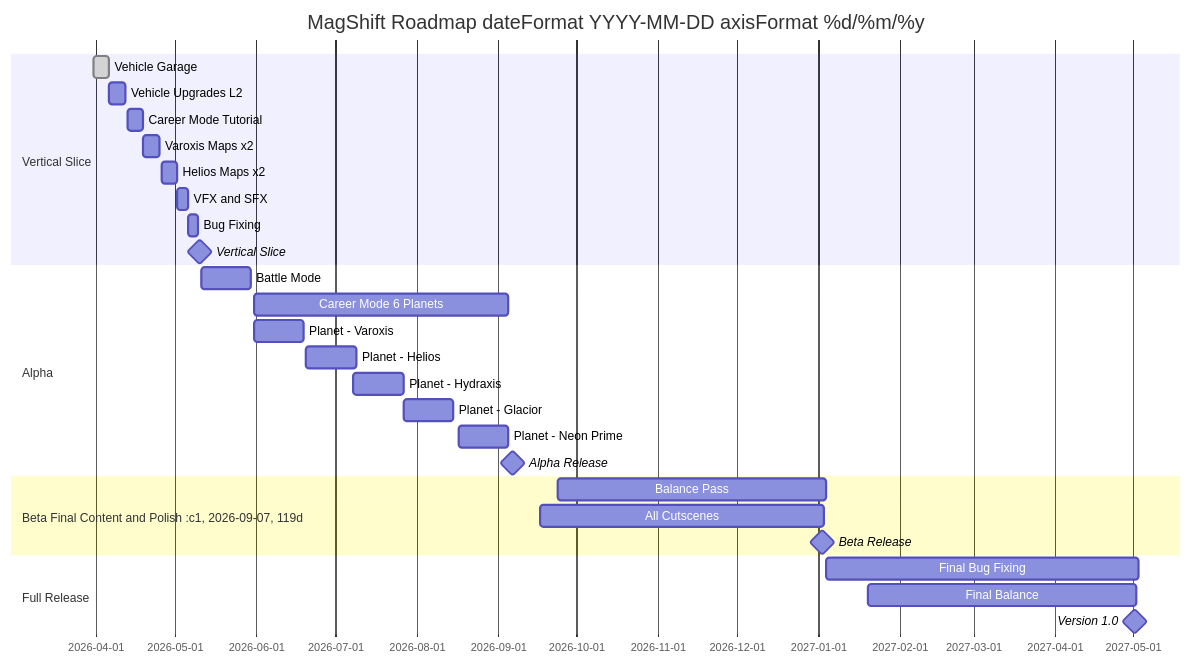
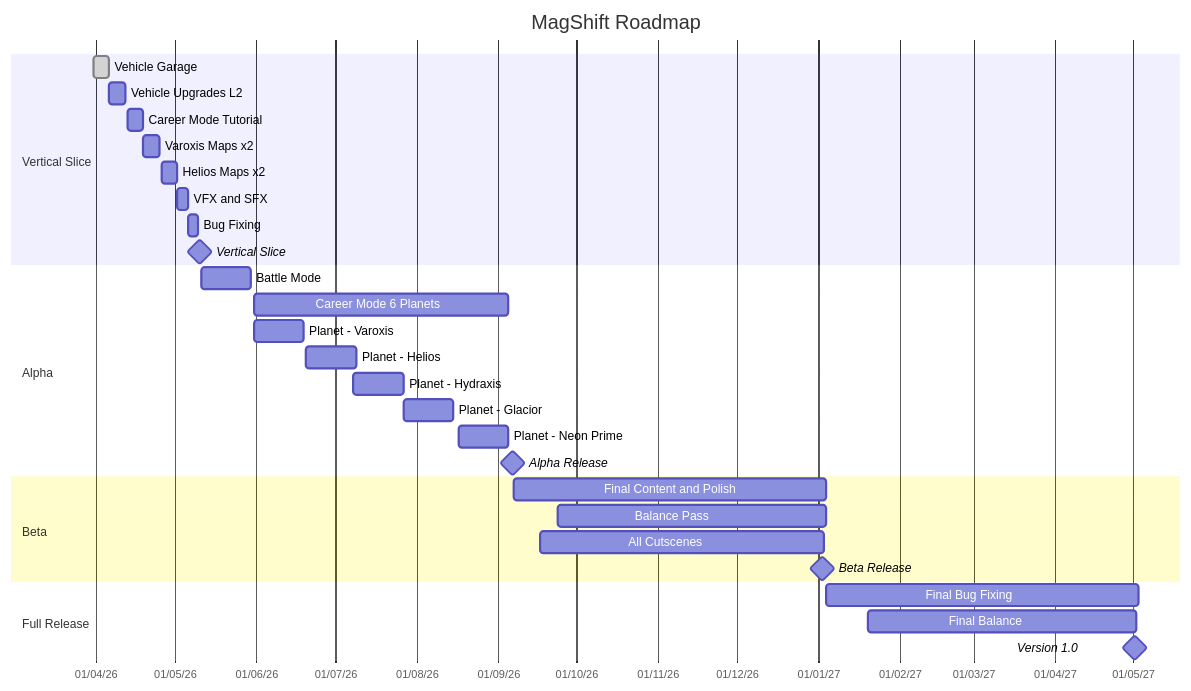
The diagram in Roadmap/Goals Gantt.md (MisahSnow/MagShift-Obsidian), drawn with Mermaid before and after one commit.

Commit message:
DESKTOP-5RS7517 2026-4-3:4:16:50

````diff
--- a/Roadmap/Goals Gantt.md
+++ b/Roadmap/Goals Gantt.md
@@ -3,35 +3,73 @@
 ```mermaid
+
 gantt
-title MagShift Roadmap dateFormat YYYY-MM-DD axisFormat %d/%m/%y
 
-section Vertical Slice 
-Vehicle Garage :done, :a2, 2026-03-31, 6d 
-Vehicle Upgrades L2 :a3, 2026-04-06, 6d
- Career Mode Tutorial :a1, 2026-04-13, 6d
-  Varoxis Maps x2 :a4, 2026-04-19, 6d
-   Helios Maps x2 :a5, 2026-04-26, 6d
-    VFX and SFX :a6, 2026-05-02, 4d
-     Bug Fixing :a7, 2026-05-06, 4d
-      Vertical Slice :milestone, m1, 2026-05-10, 1d
-      
+    title MagShift Roadmap
 
-section Alpha 
-Battle Mode :b2, 2026-05-11, 19d
- Career Mode 6 Planets :b1, 2026-05-31, 97d
-  Planet - Varoxis :b3, 2026-05-31, 19d
-   Planet - Helios :b4, 2026-06-20, 19d
-    Planet - Hydraxis :b5, 2026-07-8, 19d
-     Planet - Glacior :b6, 2026-07-27, 19d
-      Planet - Neon Prime :b7, 2026-08-17, 19d
-       Alpha Release :milestone, m2, 2026-09-06, 1d
+    dateFormat YYYY-MM-DD
 
-section Beta Final Content and Polish :c1, 2026-09-07, 119d
- Balance Pass :c2, 2026-09-24, 102d
-  All Cutscenes :c3, 2026-09-17, 108d
-   Beta Release :milestone, m3, 2027-01-02, 1d
+    axisFormat %d/%m/%y
 
-section Full Release
-Final Bug Fixing :d1, 2027-01-04, 119d
-Final Balance :d2, 2027-01-20, 102d
- Version 1.0 :milestone, m4, 2027-05-01, 1d
+  
+
+    section Vertical Slice
+
+    Vehicle Garage          :done, a2, 2026-03-31, 6d
+
+    Vehicle Upgrades L2     :a3, 2026-04-06, 6d
+
+    Career Mode Tutorial    :a1, 2026-04-13, 6d
+
+    Varoxis Maps x2         :a4, 2026-04-19, 6d
+
+    Helios Maps x2          :a5, 2026-04-26, 6d
+
+    VFX and SFX             :a6, 2026-05-02, 4d
+
+    Bug Fixing              :a7, 2026-05-06, 4d
+
+    Vertical Slice          :milestone, m1, 2026-05-10, 1d
+
+  
+
+    section Alpha
+
+    Battle Mode             :b2, 2026-05-11, 19d
+
+    Career Mode 6 Planets   :b1, 2026-05-31, 97d
+
+    Planet - Varoxis        :b3, 2026-05-31, 19d
+
+    Planet - Helios         :b4, 2026-06-20, 19d
+
+    Planet - Hydraxis       :b5, 2026-07-08, 19d
+
+    Planet - Glacior        :b6, 2026-07-27, 19d
+
+    Planet - Neon Prime     :b7, 2026-08-17, 19d
+
+    Alpha Release           :milestone, m2, 2026-09-06, 1d
+
+  
+
+    section Beta
+
+    Final Content and Polish :c1, 2026-09-07, 119d
+
+    Balance Pass            :c2, 2026-09-24, 102d
+
+    All Cutscenes           :c3, 2026-09-17, 108d
+
+    Beta Release            :milestone, m3, 2027-01-02, 1d
+
+  
+
+    section Full Release
+
+    Final Bug Fixing        :d1, 2027-01-04, 119d
+
+    Final Balance           :d2, 2027-01-20, 102d
+
+    Version 1.0             :milestone, m4, 2027-05-01, 1d
+
 ```
````
